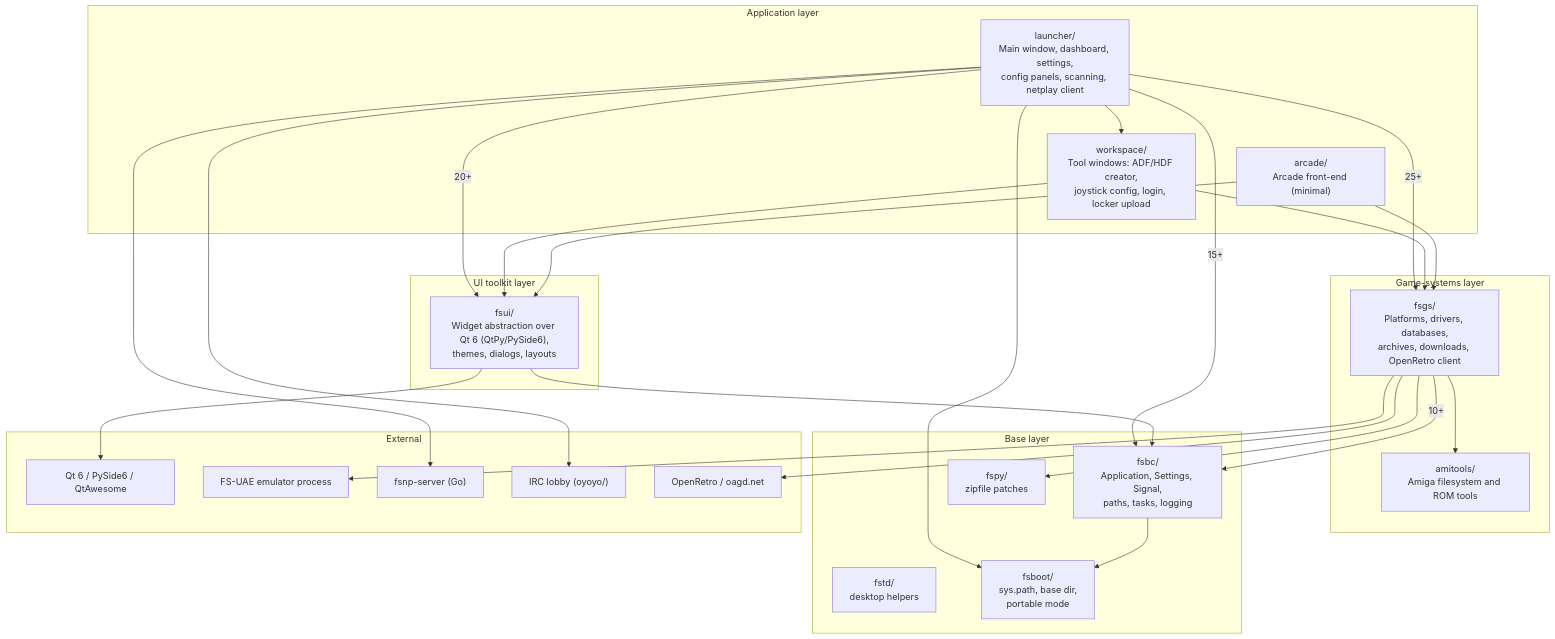
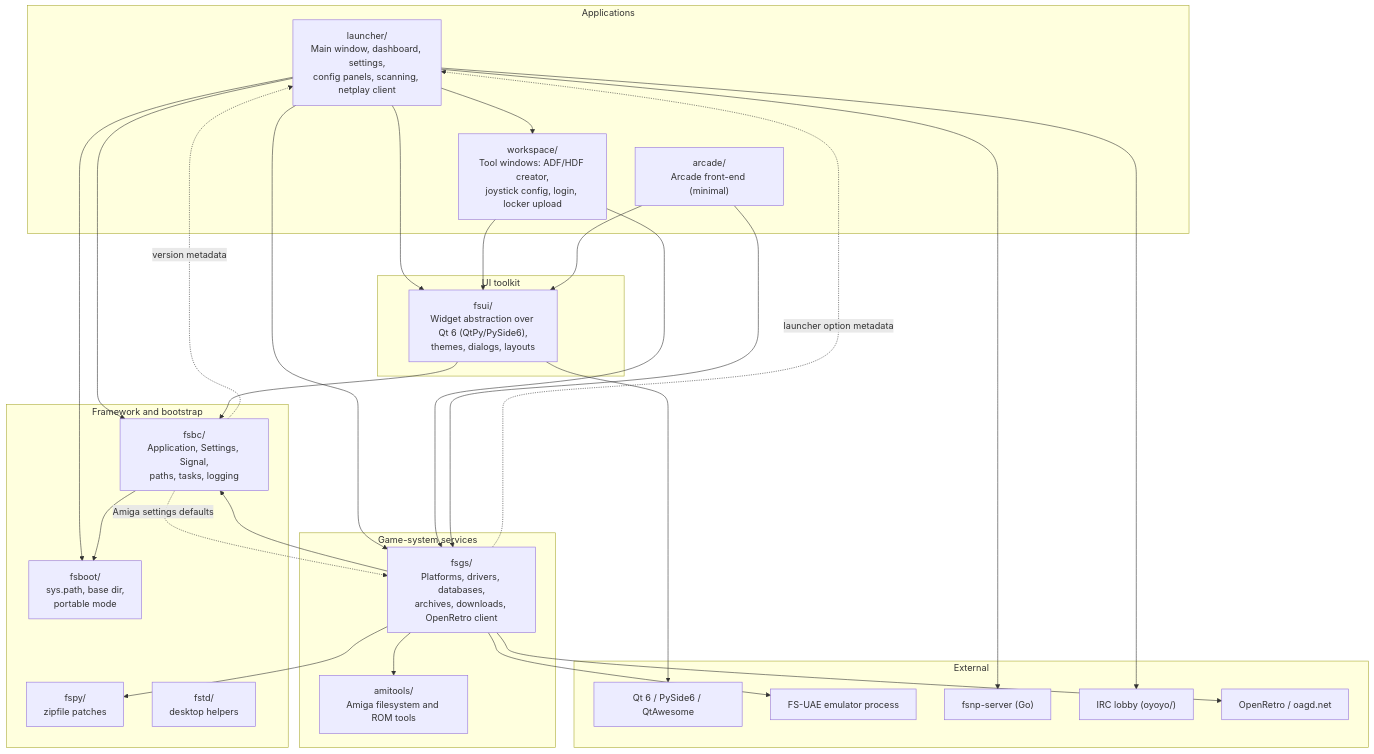
Before and after one commit to pdabel/fs-uae-launcher: the first of 5 diagrams in docs/architecture.md, drawn with Mermaid. The commit also changed other lines of this file, not shown here.

Commit message:
Correct architecture boundaries, startup order and test coverage

````diff
--- a/docs/architecture.md
+++ b/docs/architecture.md
@@ -18,52 +21,55 @@
 ```mermaid
 flowchart TB
-    subgraph app["Application layer"]
+    subgraph app["Applications"]
         launcher["launcher/<br/>Main window, dashboard, settings,<br/>config panels, scanning, netplay client"]
         workspace["workspace/<br/>Tool windows: ADF/HDF creator,<br/>joystick config, login, locker upload"]
         arcade["arcade/<br/>Arcade front-end (minimal)"]
     end
 
-    subgraph domain["Game-systems layer"]
+    subgraph domain["Game-system services"]
         fsgs["fsgs/<br/>Platforms, drivers, databases,<br/>archives, downloads, OpenRetro client"]
         amitools["amitools/<br/>Amiga filesystem and ROM tools"]
     end
 
-    subgraph ui["UI toolkit layer"]
+    subgraph ui["UI toolkit"]
         fsui["fsui/<br/>Widget abstraction over Qt 6 (QtPy/PySide6),<br/>themes, dialogs, layouts"]
     end
 
-    subgraph base["Base layer"]
+    subgraph base["Framework and bootstrap"]
         fsbc["fsbc/<br/>Application, Settings, Signal,<br/>paths, tasks, logging"]
         fspy["fspy/<br/>zipfile patches"]
         fstd["fstd/<br/>desktop helpers"]
         fsboot["fsboot/<br/>sys.path, base dir,<br/>portable mode"]
     end
 
     subgraph ext["External"]
         qt["Qt 6 / PySide6 / QtAwesome"]
         fsuae["FS-UAE emulator process"]
         fsnp["fsnp-server (Go)"]
         irc["IRC lobby (oyoyo/)"]
         openretro["OpenRetro / oagd.net"]
     end
 
-    launcher -- "20+" --> fsui
-    launcher -- "25+" --> fsgs
-    launcher -- "15+" --> fsbc
+    launcher --> fsui
+    launcher --> fsgs
+    launcher --> fsbc
     launcher --> fsboot
     launcher --> irc
     launcher --> fsnp
     launcher --> workspace
     workspace --> fsui
     workspace --> fsgs
     arcade --> fsgs
     arcade --> fsui
-    fsgs -- "10+" --> fsbc
+    fsgs --> fsbc
+    fsgs -. "launcher option metadata" .-> launcher
     fsgs --> fspy
     fsgs --> amitools
     fsgs --> fsuae
     fsgs --> openretro
     fsui --> fsbc
     fsui --> qt
     fsbc --> fsboot
+    fsbc -. "version metadata" .-> launcher
+    fsbc -. "Amiga settings defaults" .-> fsgs
 ```
````
